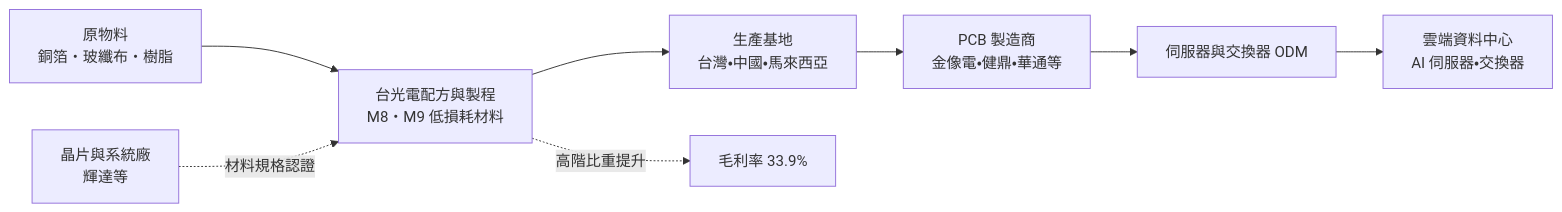
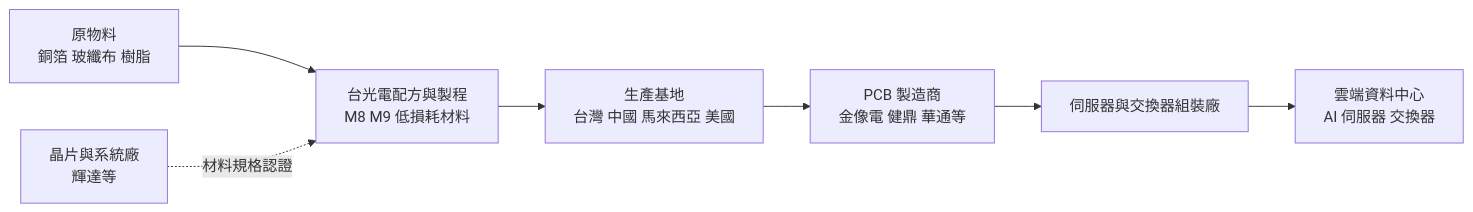
One commit to wangnick1004/taiwan-stock-vault changed the second of 4 diagrams in 個股/台股/2383台光電.md. Above: the diagram before and after it, drawn with Mermaid. The commit also changed other lines of this file and 19 other files, not shown here.

````diff
--- a/個股/台股/2383台光電.md
+++ b/個股/台股/2383台光電.md
@@ -68,10 +72,9 @@
 ```mermaid
 flowchart LR
-    A[原物料<br/>銅箔・玻纖布・樹脂] --> B[台光電配方與製程<br/>M8・M9 低損耗材料]
-    B --> C[生產基地<br/>台灣・中國・馬來西亞]
-    C --> D[PCB 製造商<br/>金像電・健鼎・華通等]
-    D --> E[伺服器與交換器 ODM]
-    E --> F[雲端資料中心<br/>AI 伺服器・交換器]
-    G[晶片與系統廠<br/>輝達等] -. 材料規格認證 .-> B
-    B -. 高階比重提升 .-> H[毛利率 33.9%]
+    A["原物料<br/>銅箔 玻纖布 樹脂"] --> B["台光電配方與製程<br/>M8 M9 低損耗材料"]
+    B --> C["生產基地<br/>台灣 中國 馬來西亞 美國"]
+    C --> D["PCB 製造商<br/>金像電 健鼎 華通等"]
+    D --> E[伺服器與交換器組裝廠]
+    E --> F["雲端資料中心<br/>AI 伺服器 交換器"]
+    G["晶片與系統廠<br/>輝達等"] -. 材料規格認證 .-> B
 ```
````
